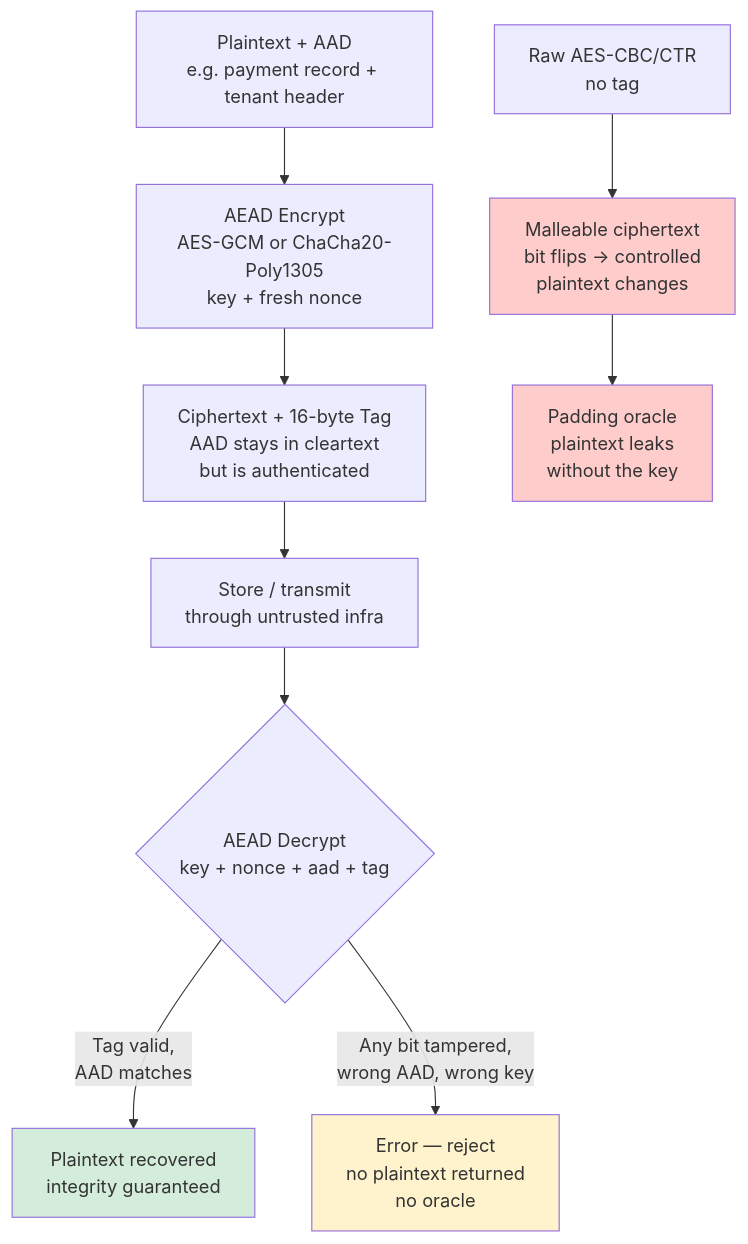
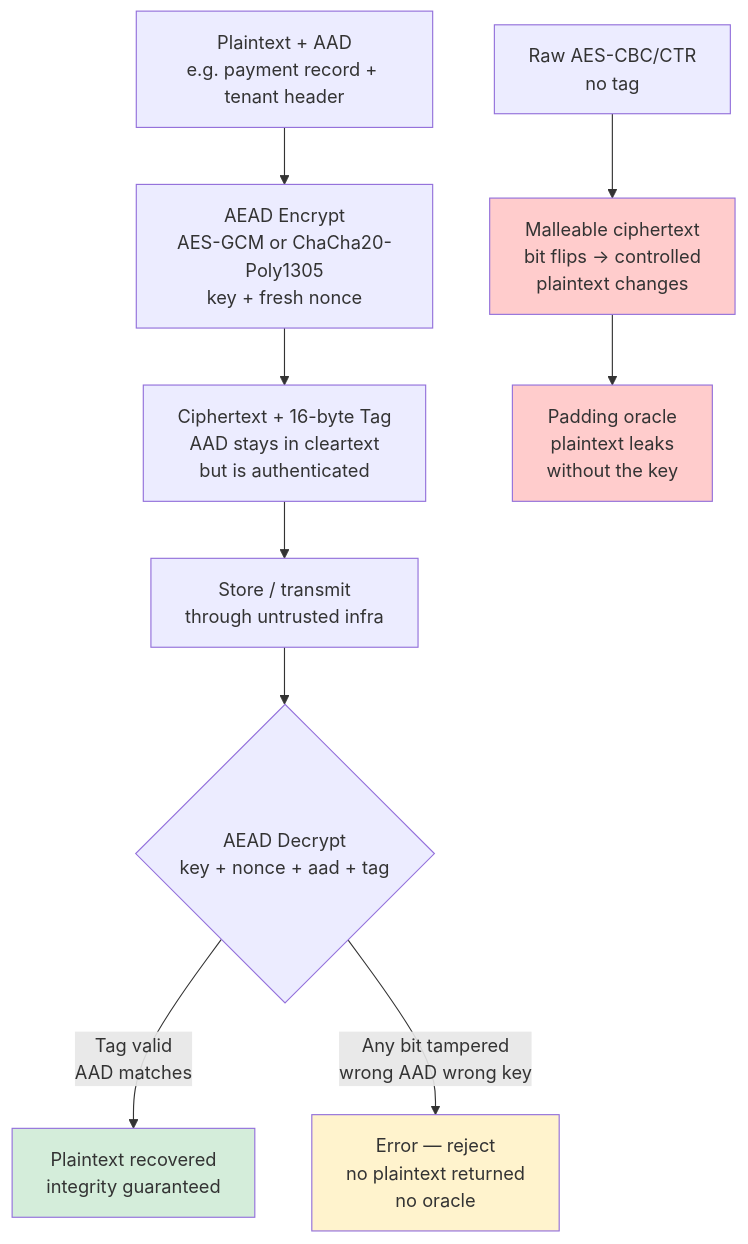
One commit to bumbsclaw/textbooks changed the first of 7 diagrams in vol-09-security-auth/ch03-encryption.md. Above: the diagram before and after it, drawn with Mermaid. The commit also changed 173 other files, not shown here.

First line of the commit message:
fix(mermaid): close note brackets, semicolons in Notes, stateDiagram br -> dash, edge parens

````diff
--- a/vol-09-security-auth/ch03-encryption.md
+++ b/vol-09-security-auth/ch03-encryption.md
@@ -48,18 +48,18 @@
 ```mermaid
 flowchart TD
     A["Plaintext + AAD<br/>e.g. payment record + tenant header"] --> B["AEAD Encrypt<br/>AES-GCM or ChaCha20-Poly1305<br/>key + fresh nonce"]
     B --> C["Ciphertext + 16-byte Tag<br/>AAD stays in cleartext<br/>but is authenticated"]
     C --> D["Store / transmit<br/>through untrusted infra"]
     D --> E{"AEAD Decrypt<br/>key + nonce + aad + tag"}
 
-    E -->|"Tag valid,<br/>AAD matches"| F["Plaintext recovered<br/>integrity guaranteed"]
-    E -->|"Any bit tampered,<br/>wrong AAD, wrong key"| G["Error — reject<br/>no plaintext returned<br/>no oracle"]
+    E -->|"Tag valid <br >AAD matches"| F["Plaintext recovered<br/>integrity guaranteed"]
+    E -->|"Any bit tampered <br >wrong AAD wrong key"| G["Error — reject<br/>no plaintext returned<br/>no oracle"]
 
     H["Raw AES-CBC/CTR<br/>no tag"] --> I["Malleable ciphertext<br/>bit flips -> controlled<br/>plaintext changes"]
     I --> J["Padding oracle<br/>plaintext leaks<br/>without the key"]
 
     style F fill:#d4edda
     style G fill:#fff3cd
     style I fill:#ffcccc
     style J fill:#ffcccc
 ```
````
